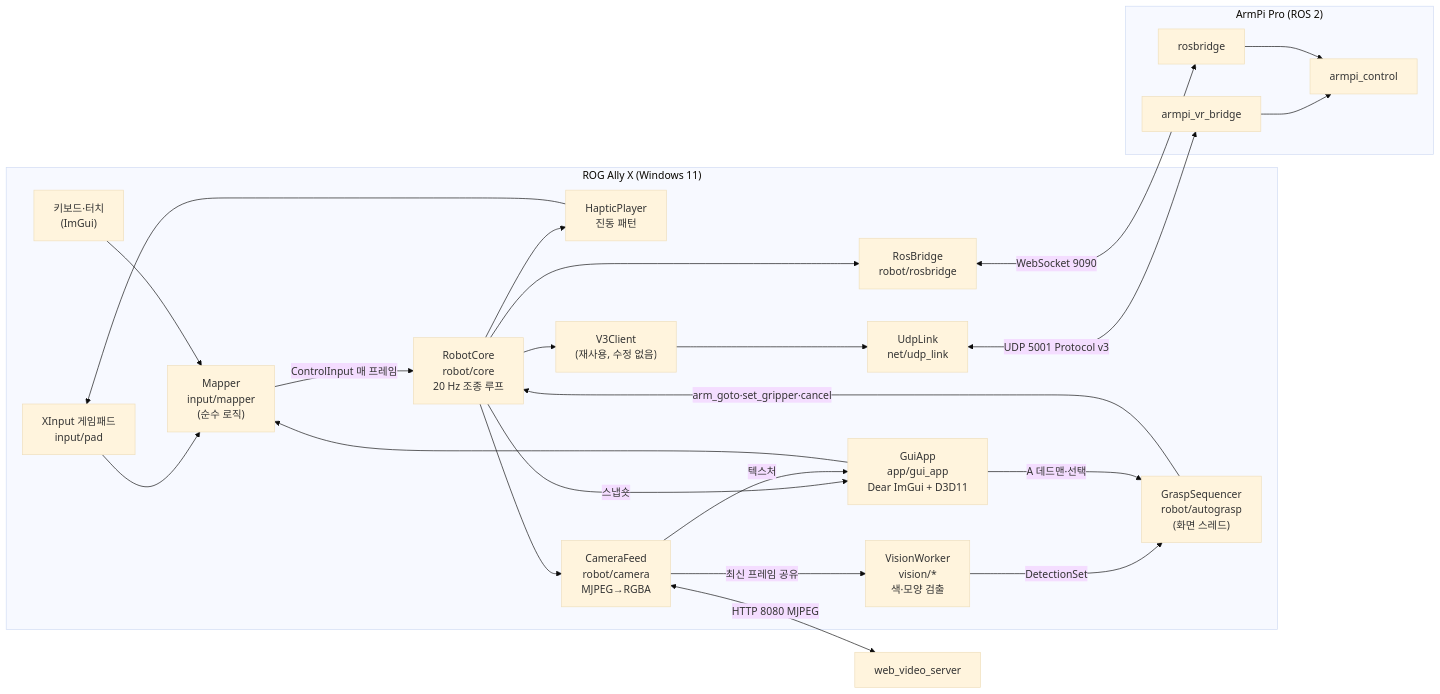
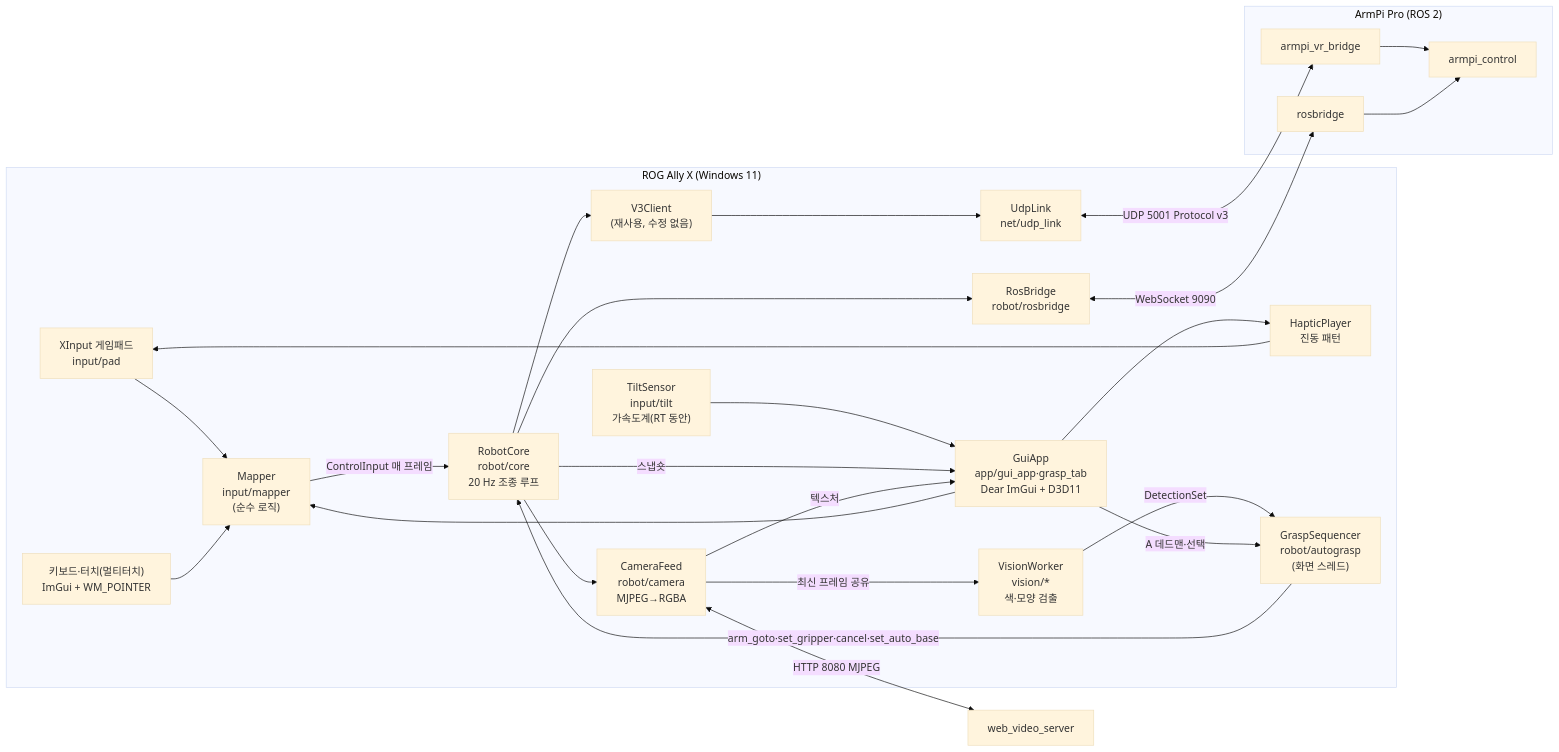
One commit to Ksyear/ArmPi-Ally-Controller changed the diagram in docs/ARCHITECTURE.md. Above: the diagram before and after it, drawn with Mermaid (base theme). The commit also changed other lines of this file and 19 other files, not shown here.

````diff
--- a/docs/ARCHITECTURE.md
+++ b/docs/ARCHITECTURE.md
@@ -3,27 +5,28 @@
 ```mermaid
 flowchart LR
   subgraph Ally["ROG Ally X (Windows 11)"]
     PAD["XInput 게임패드\ninput/pad"] --> MAP
-    KEY["키보드·터치\n(ImGui)"] --> MAP["Mapper\ninput/mapper\n(순수 로직)"]
+    KEY["키보드·터치(멀티터치)\nImGui + WM_POINTER"] --> MAP["Mapper\ninput/mapper\n(순수 로직)"]
+    TILT["TiltSensor\ninput/tilt\n가속도계(RT 동안)"] --> UI
     MAP -->|ControlInput 매 프레임| CORE
-    UI["GuiApp\napp/gui_app\nDear ImGui + D3D11"] --> MAP
+    UI["GuiApp\napp/gui_app·grasp_tab\nDear ImGui + D3D11"] --> MAP
     CORE["RobotCore\nrobot/core\n20 Hz 조종 루프"] -->|스냅숏| UI
-    CORE --> HAP["HapticPlayer\n진동 패턴"] --> PAD
+    UI --> HAP["HapticPlayer\n진동 패턴"] --> PAD
     CORE --> V3["V3Client\n(재사용, 수정 없음)"]
     V3 --> UDP["UdpLink\nnet/udp_link"]
     CORE --> RB["RosBridge\nrobot/rosbridge"]
     CORE --> CAM["CameraFeed\nrobot/camera\nMJPEG→RGBA"]
     CAM -->|텍스처| UI
     CAM -->|최신 프레임 공유| VW["VisionWorker\nvision/*\n색·모양 검출"]
     VW -->|DetectionSet| SEQ["GraspSequencer\nrobot/autograsp\n(화면 스레드)"]
     UI -->|A 데드맨·선택| SEQ
-    SEQ -->|arm_goto·set_gripper·cancel| CORE
+    SEQ -->|arm_goto·set_gripper·cancel·set_auto_base| CORE
   end
   UDP <-->|UDP 5001 Protocol v3| R1["armpi_vr_bridge"]
   RB <-->|WebSocket 9090| R2["rosbridge"]
   CAM <-->|HTTP 8080 MJPEG| R3["web_video_server"]
   subgraph Robot["ArmPi Pro (ROS 2)"]
     R1 --> RC["armpi_control"]
     R2 --> RC
   end
 ```
````
